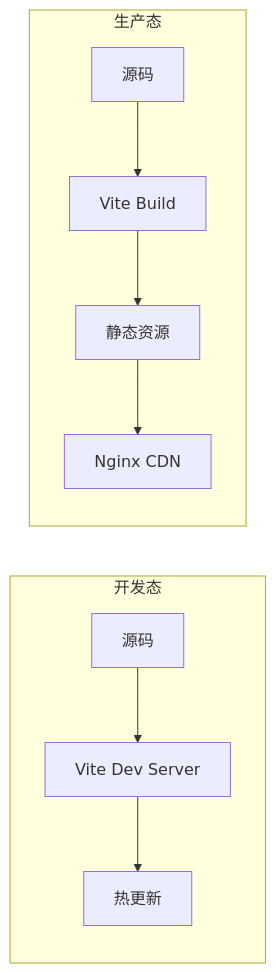
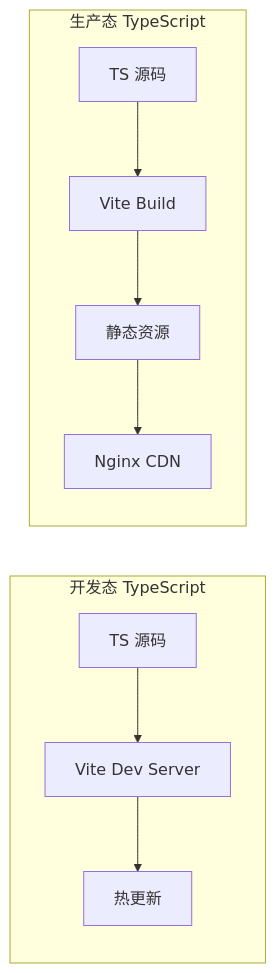
Before and after one commit to swipth/work-report: the second of 7 diagrams in reports/2026-06-16/index.md, drawn with Mermaid. The commit also changed other lines of this file and 29 other files, not shown here.

````diff
--- a/reports/2026-06-16/index.md
+++ b/reports/2026-06-16/index.md
@@ -47,13 +47,13 @@
 ```mermaid
 flowchart LR
-    subgraph dev_env ["开发态"]
-        SRC["源码"] --> ViteDev["Vite Dev Server"]
+    subgraph dev_env ["开发态 TypeScript"]
+        SRC["TS 源码"] --> ViteDev["Vite Dev Server"]
         ViteDev --> HMR["热更新"]
     end
 
-    subgraph prod_env ["生产态"]
-        SRC2["源码"] --> Build["Vite Build"]
+    subgraph prod_env ["生产态 TypeScript"]
+        SRC2["TS 源码"] --> Build["Vite Build"]
         Build --> Dist["静态资源"]
         Dist --> CDN["Nginx CDN"]
     end
 ```
````
